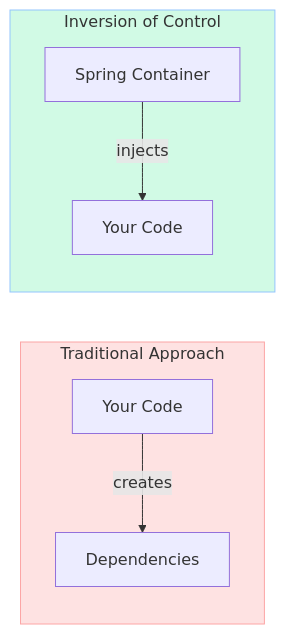
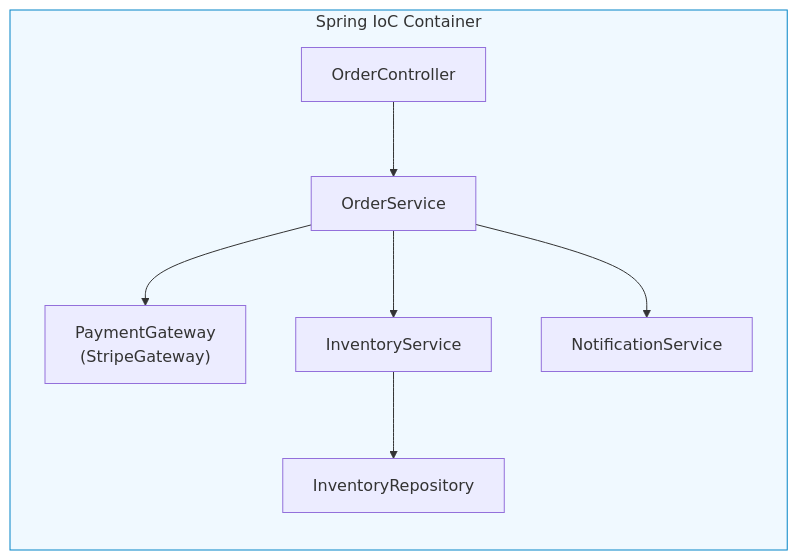
One commit to saivamsikaruturi/vamsilabs-dev-notes-main changed the first of 4 diagrams in docs/springboot/SpringIOC.md. Above: the diagram before and after it, drawn with Mermaid. The commit also changed other lines of this file and 21 other files, not shown here.

````diff
--- a/docs/springboot/SpringIOC.md
+++ b/docs/springboot/SpringIOC.md
@@ -9,12 +69,13 @@
 ```mermaid
-flowchart LR
-    subgraph Traditional["Traditional Approach"]
-        A["Your Code"] -->|creates| B["Dependencies"]
-    end
-    subgraph IoC["Inversion of Control"]
-        C["Spring Container"] -->|injects| D["Your Code"]
+flowchart TB
+    subgraph Container["Spring IoC Container"]
+        direction TB
+        C["OrderController"] --> S["OrderService"]
+        S --> P["PaymentGateway<br/>(StripeGateway)"]
+        S --> I["InventoryService"]
+        S --> N["NotificationService"]
+        I --> R["InventoryRepository"]
     end
 
-    style Traditional fill:#FEE2E2,stroke:#FCA5A5
-    style IoC fill:#D1FAE5,stroke:#93C5FD
+    style Container fill:#f0f9ff,stroke:#0284c7
 ```
````
